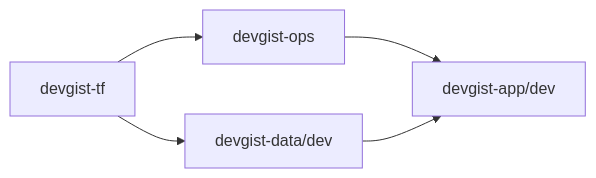
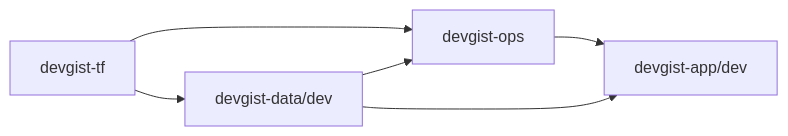
The second of 2 diagrams in infra/README.md (haru-256/devgist), drawn with Mermaid before and after one commit. The commit also changed other lines of this file and 15 other files, not shown here.

````diff
--- a/infra/README.md
+++ b/infra/README.md
@@ -79,7 +82,8 @@
 ```mermaid
 graph LR
-    TF[devgist-tf] --> OPS[devgist-ops]
-    TF --> DATA[devgist-data/dev]
+    TF[devgist-tf] --> DATA[devgist-data/dev]
+    TF --> OPS[devgist-ops]
+    DATA --> OPS
     OPS --> APP[devgist-app/dev]
     DATA --> APP
 ```
````
